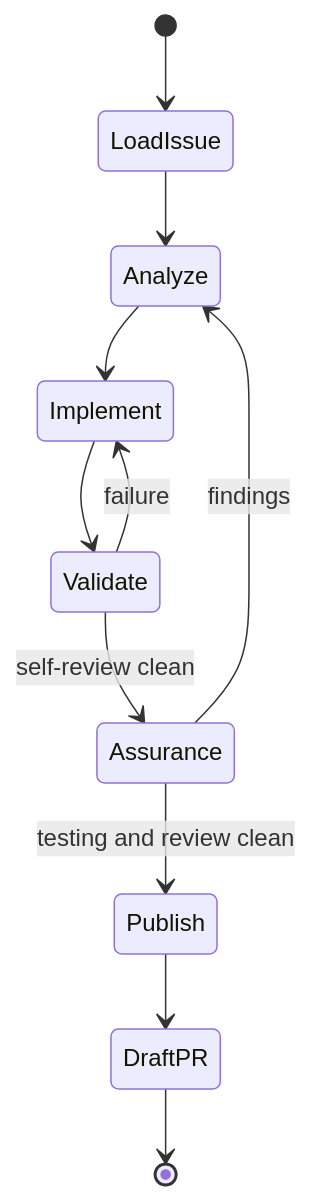
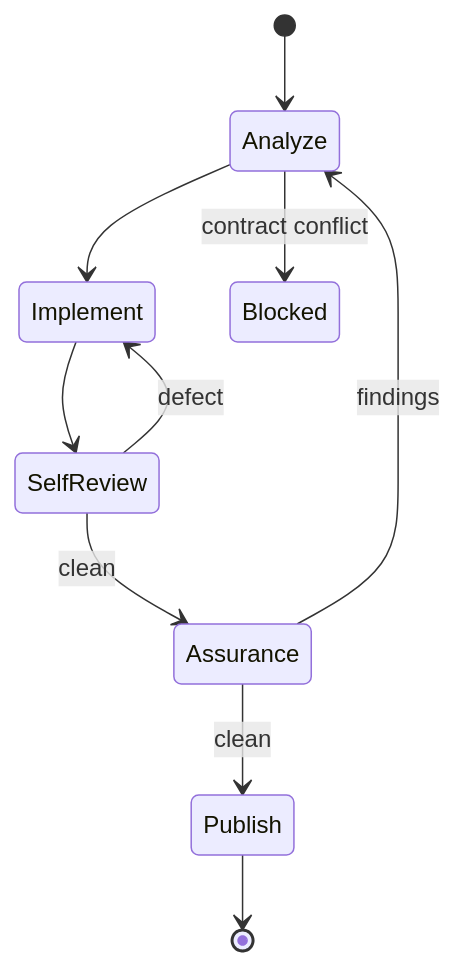
The diagram in .agents/skills/implementation/SKILL.md (MP281X/ai-toolkit), drawn with Mermaid before and after one commit. The commit also changed other lines of this file and 22 other files, not shown here.

````diff
--- a/.agents/skills/implementation/SKILL.md
+++ b/.agents/skills/implementation/SKILL.md
@@ -6,13 +6,12 @@
 ```mermaid
 stateDiagram-v2
-    [*] --> LoadIssue
-    LoadIssue --> Analyze
+    [*] --> Analyze
     Analyze --> Implement
-    Implement --> Validate
-    Validate --> Implement: failure
-    Validate --> Assurance: self-review clean
+    Implement --> SelfReview
+    SelfReview --> Implement: defect
+    SelfReview --> Assurance: clean
     Assurance --> Analyze: findings
-    Assurance --> Publish: testing and review clean
-    Publish --> DraftPR
-    DraftPR --> [*]
+    Assurance --> Publish: clean
+    Publish --> [*]
+    Analyze --> Blocked: contract conflict
 ```
````
